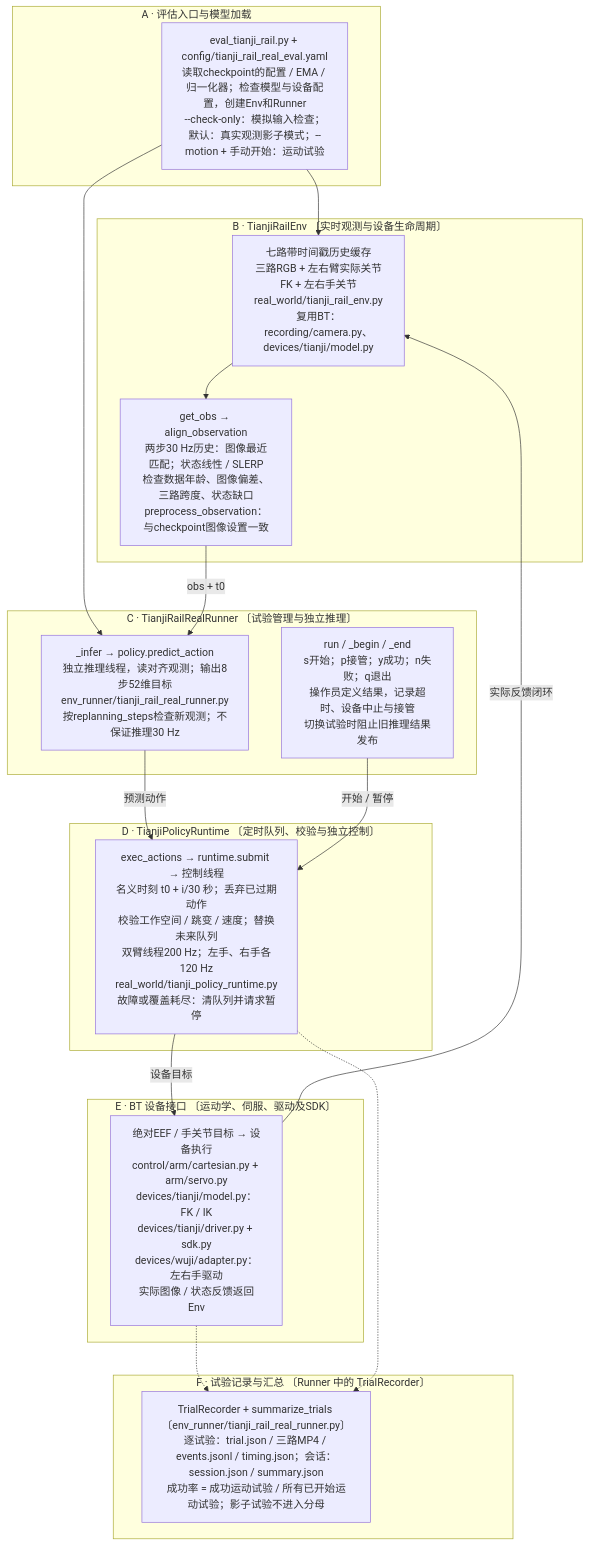
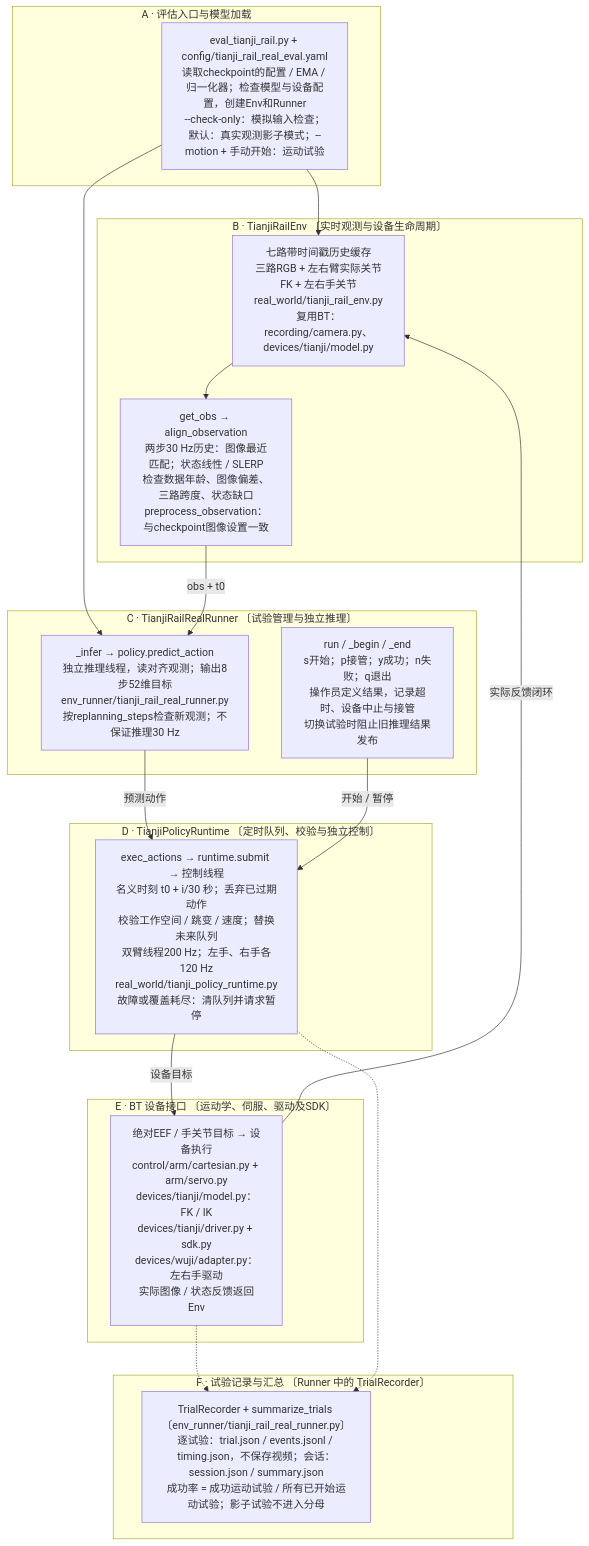
One commit to Wang-Yongsen/diffusion_policy changed the diagram in docs/tianji-rail/task_flow_explanation/03-real-loop.mmd. Above: the diagram before and after it, drawn with Mermaid. The commit also changed 25 other files, not shown here.

```diff
--- a/docs/tianji-rail/task_flow_explanation/03-real-loop.mmd
+++ b/docs/tianji-rail/task_flow_explanation/03-real-loop.mmd
@@ -1,32 +1,32 @@
 %% 节点、组件边界与PNG由同一份规格生成；PNG布局单独指定。
 flowchart TD
   subgraph entry["A · 评估入口与模型加载"]
     entry_n["eval_tianji_rail.py + config/tianji_rail_real_eval.yaml<br/>读取checkpoint的配置 / EMA / 归一化器；检查模型与设备配置，创建Env和Runner<br/>--check-only：模拟输入检查；默认：真实观测影子模式；--motion + 手动开始：运动试验"]
   end
   subgraph env["B · TianjiRailEnv 〔实时观测与设备生命周期〕"]
     history["七路带时间戳历史缓存<br/>三路RGB + 左右臂实际关节FK + 左右手关节<br/>real_world/tianji_rail_env.py<br/>复用BT：recording/camera.py、devices/tianji/model.py"]
     align["get_obs → align_observation<br/>两步30 Hz历史：图像最近匹配；状态线性 / SLERP<br/>检查数据年龄、图像偏差、三路跨度、状态缺口<br/>preprocess_observation：与checkpoint图像设置一致"]
   end
   subgraph runner["C · TianjiRailRealRunner 〔试验管理与独立推理〕"]
     infer["_infer → policy.predict_action<br/>独立推理线程，读对齐观测；输出8步52维目标<br/>env_runner/tianji_rail_real_runner.py<br/>按replanning_steps检查新观测；不保证推理30 Hz"]
     trial["run / _begin / _end<br/>s开始；p接管；y成功；n失败；q退出<br/>操作员定义结果，记录超时、设备中止与接管<br/>切换试验时阻止旧推理结果发布"]
   end
   subgraph runtime["D · TianjiPolicyRuntime 〔定时队列、校验与独立控制〕"]
     schedule["exec_actions → runtime.submit → 控制线程<br/>名义时刻 t0 + i/30 秒；丢弃已过期动作<br/>校验工作空间 / 跳变 / 速度；替换未来队列<br/>双臂线程200 Hz；左手、右手各120 Hz<br/>real_world/tianji_policy_runtime.py<br/>故障或覆盖耗尽：清队列并请求暂停"]
   end
   subgraph device["E · BT 设备接口 〔运动学、伺服、驱动及SDK〕"]
     devices["绝对EEF / 手关节目标 → 设备执行<br/>control/arm/cartesian.py + arm/servo.py<br/>devices/tianji/model.py：FK / IK<br/>devices/tianji/driver.py + sdk.py<br/>devices/wuji/adapter.py：左右手驱动<br/>实际图像 / 状态反馈返回Env"]
   end
   subgraph record["F · 试验记录与汇总 〔Runner 中的 TrialRecorder〕"]
-    log["TrialRecorder + summarize_trials 〔env_runner/tianji_rail_real_runner.py〕<br/>逐试验：trial.json / 三路MP4 / events.jsonl / timing.json；会话：session.json / summary.json<br/>成功率 = 成功运动试验 / 所有已开始运动试验；影子试验不进入分母"]
+    log["TrialRecorder + summarize_trials 〔env_runner/tianji_rail_real_runner.py〕<br/>逐试验：trial.json / events.jsonl / timing.json，不保存视频；会话：session.json / summary.json<br/>成功率 = 成功运动试验 / 所有已开始运动试验；影子试验不进入分母"]
   end
   entry_n --> history
   entry_n --> infer
   history --> align
   align -->|"obs + t0"| infer
   infer -->|"预测动作"| schedule
   trial -->|"开始 / 暂停"| schedule
   schedule -->|"设备目标"| devices
   devices -->|"实际反馈闭环"| history
   devices -.-> log
   schedule -.-> log
```
